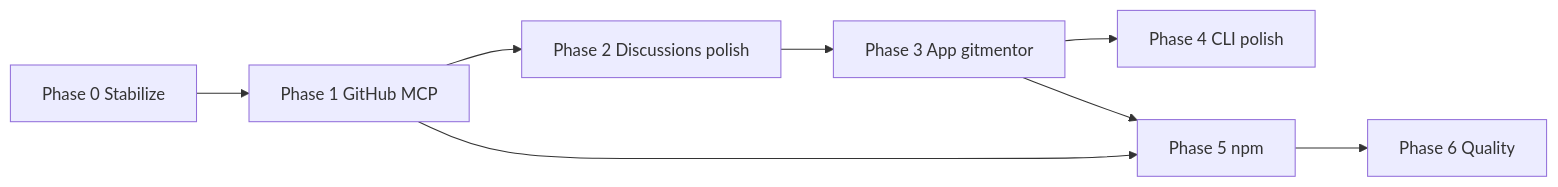
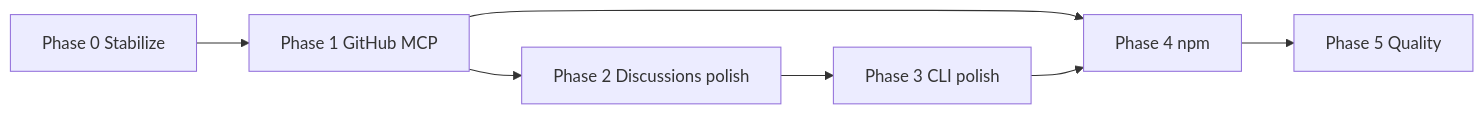
One commit to Tamsi/git-mentor changed the diagram in PLAN.md. Above: the diagram before and after it, drawn with Mermaid. The commit also changed other lines of this file and 15 other files, not shown here.

````diff
--- a/PLAN.md
+++ b/PLAN.md
@@ -226,10 +176,9 @@
 ```mermaid
 flowchart LR
   P0[Phase 0 Stabilize] --> P1[Phase 1 GitHub MCP]
   P1 --> P2[Phase 2 Discussions polish]
-  P2 --> P3[Phase 3 App gitmentor]
-  P3 --> P4[Phase 4 CLI polish]
-  P1 --> P5[Phase 5 npm]
-  P3 --> P5
-  P5 --> P6[Phase 6 Quality]
+  P2 --> P3[Phase 3 CLI polish]
+  P1 --> P4[Phase 4 npm]
+  P3 --> P4
+  P4 --> P5[Phase 5 Quality]
 ```
````
